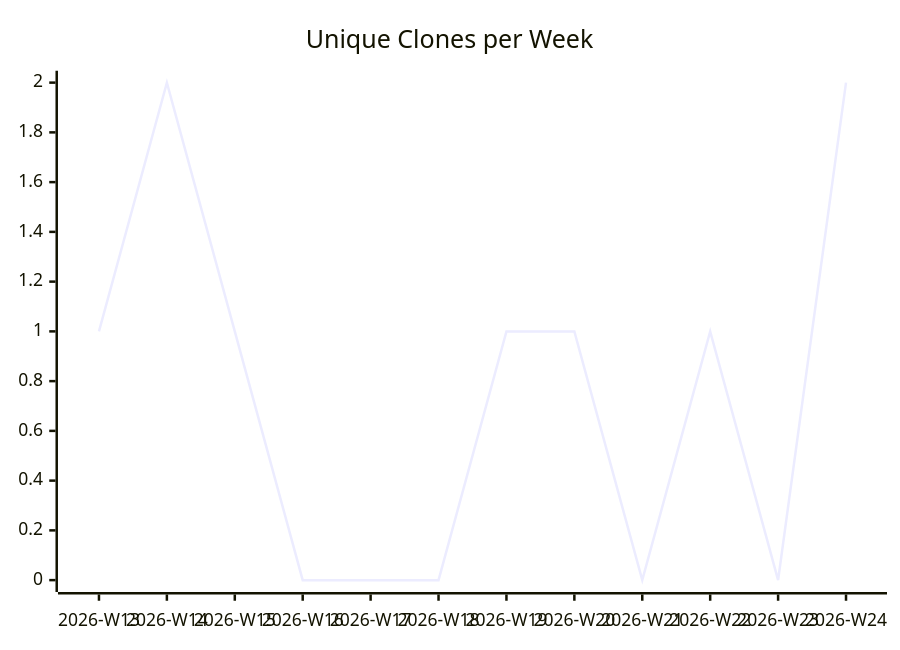
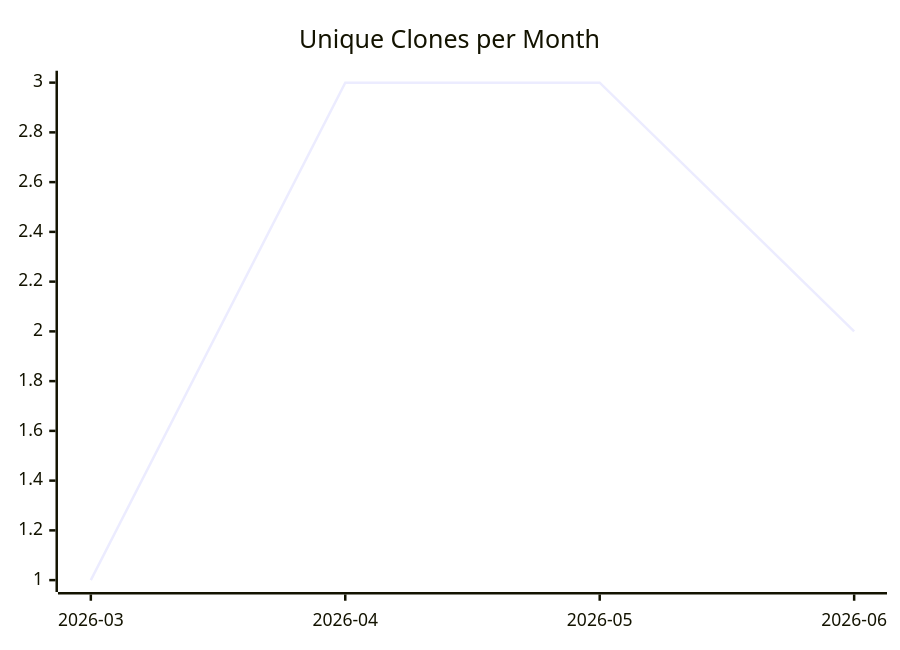
The third of 3 diagrams in karlmdavis/ansible-jenkins/README.md (justdavis-family/github-analytics-data), drawn with Mermaid before and after one commit. The commit also changed other lines of this file and 198 other files, not shown here.

````diff
--- a/karlmdavis/ansible-jenkins/README.md
+++ b/karlmdavis/ansible-jenkins/README.md
@@ -19,6 +19,6 @@
 ```mermaid
 xychart-beta
-  title "Unique Clones per Week"
-  x-axis ["2026-W13", "2026-W14", "2026-W15", "2026-W16", "2026-W17", "2026-W18", "2026-W19", "2026-W20", "2026-W21", "2026-W22", "2026-W23", "2026-W24"]
-  line [1, 2, 1, 0, 0, 0, 1, 1, 0, 1, 0, 2]
+  title "Unique Clones per Month"
+  x-axis ["2026-03", "2026-04", "2026-05", "2026-06"]
+  line [1, 3, 3, 2]
 ```
````
